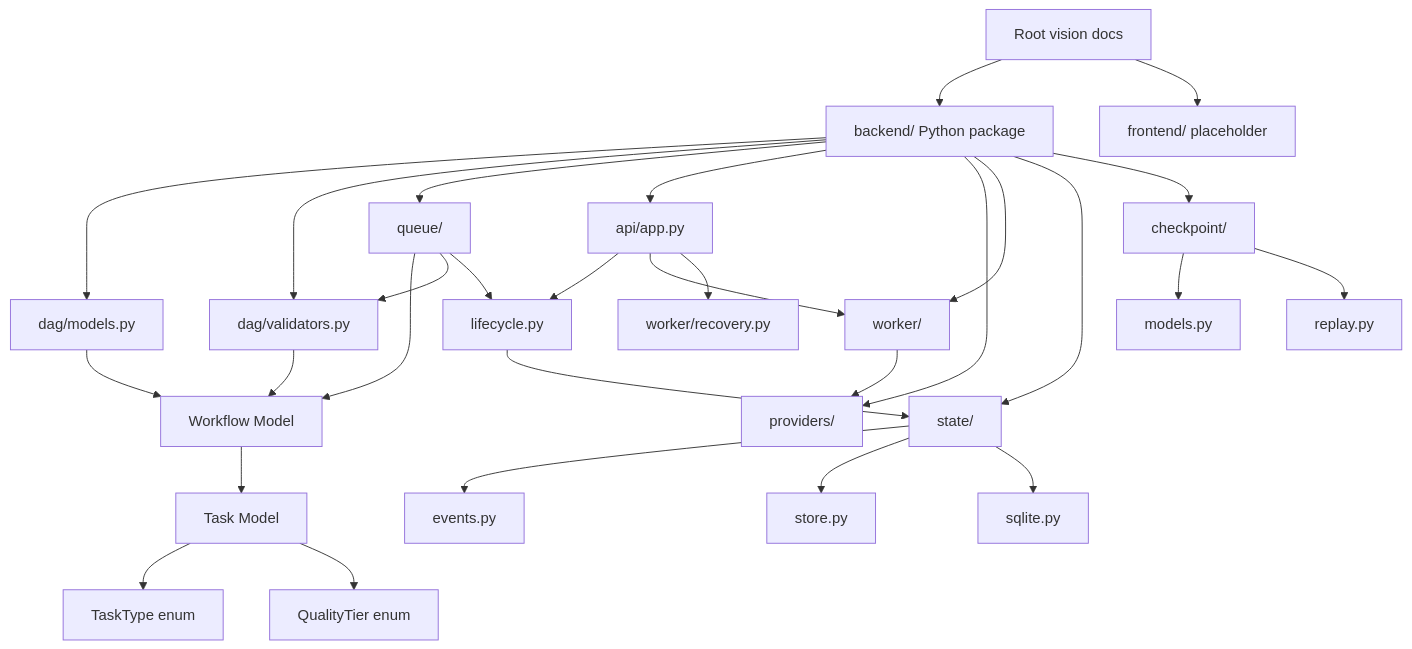
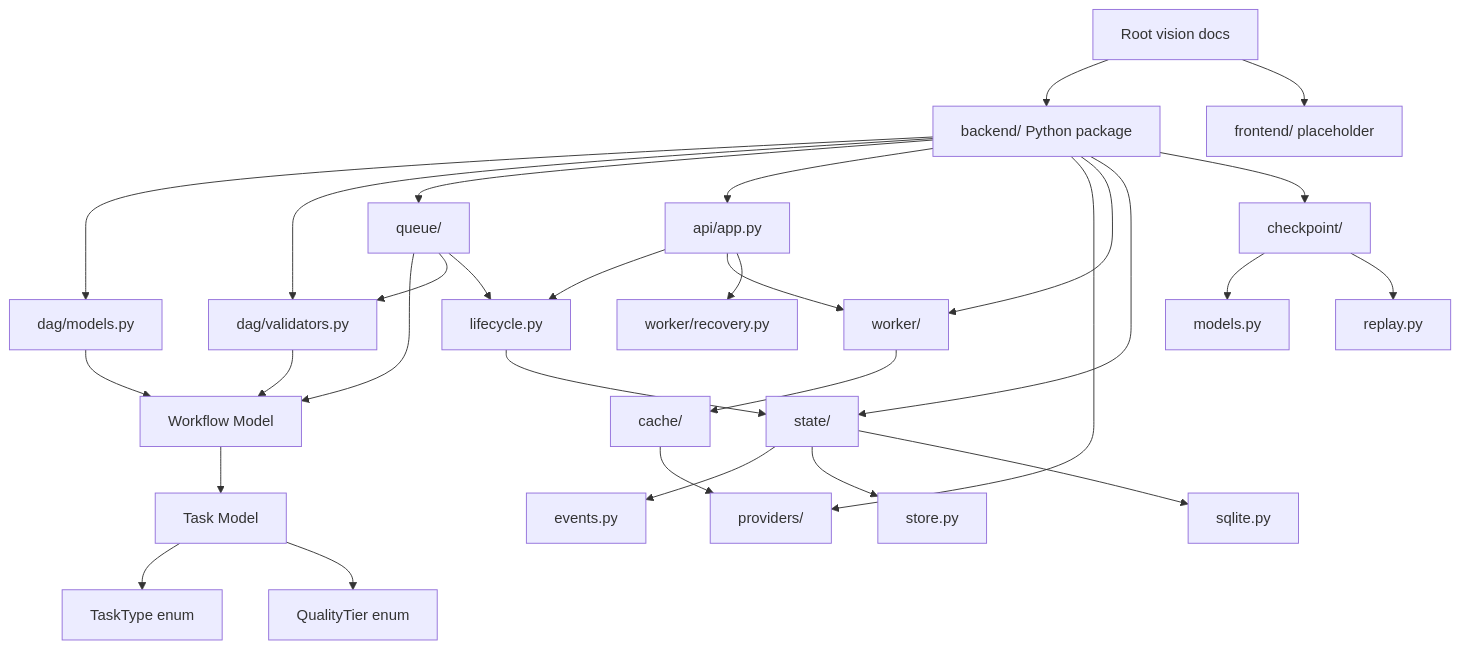
One commit to knishkarora/Ather-OS changed the first of 2 diagrams in docs/01_Architecture.md. Above: the diagram before and after it, drawn with Mermaid. The commit also changed other lines of this file and 18 other files, not shown here.

Commit message:
ADDED: in-memory cache and cached provider wrapper.

````diff
--- a/docs/01_Architecture.md
+++ b/docs/01_Architecture.md
@@ -9,31 +9,32 @@
 ```mermaid
 flowchart TD
     Docs["Root vision docs"] --> Backend["backend/ Python package"]
     Docs --> Frontend["frontend/ placeholder"]
     Backend --> DAG["dag/models.py"]
     Backend --> Validator["dag/validators.py"]
     Backend --> Queue["queue/"]
     Backend --> API["api/app.py"]
     Backend --> Provider["providers/"]
     Backend --> Worker["worker/"]
     Backend --> State["state/"]
     Backend --> Checkpoint["checkpoint/"]
     DAG --> Workflow["Workflow Model"]
     Workflow --> Task["Task Model"]
     Task --> TaskType["TaskType enum"]
     Task --> QualityTier["QualityTier enum"]
     Validator --> Workflow
     Queue --> Workflow
     Queue --> Validator
     Queue --> Lifecycle["lifecycle.py"]
     API --> Lifecycle
     API --> Worker
     API --> Recovery["worker/recovery.py"]
-    Worker --> Provider
+    Worker --> Cache["cache/"]
+    Cache --> Provider
     Lifecycle --> State
     State --> Events["events.py"]
     State --> Store["store.py"]
     State --> SQLite["sqlite.py"]
     Checkpoint --> Projections["models.py"]
     Checkpoint --> Replay["replay.py"]
 ```
````
